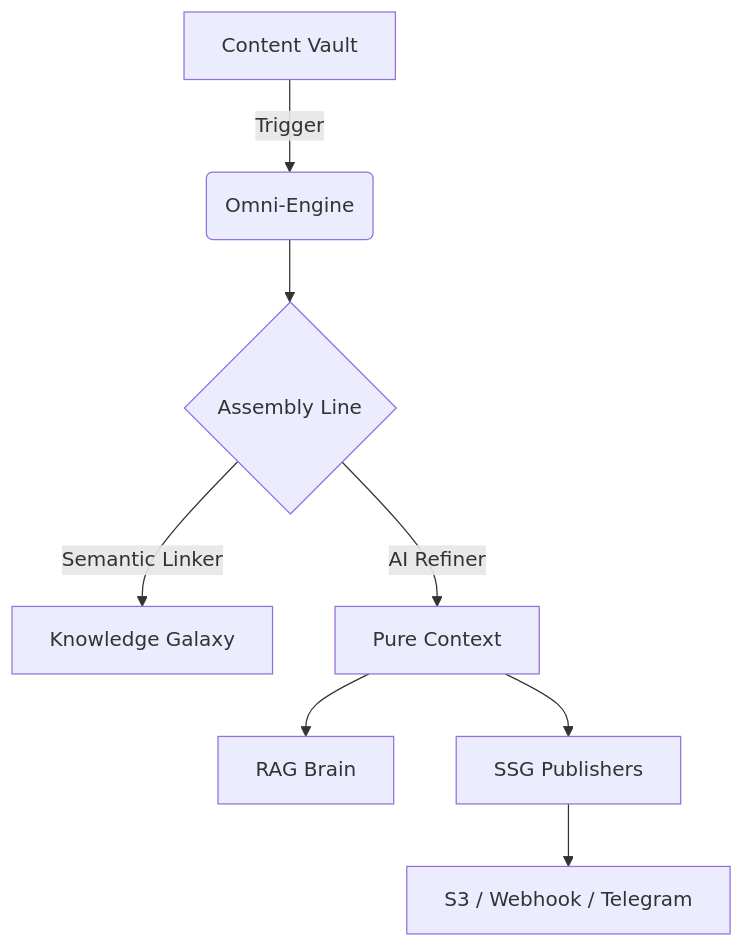
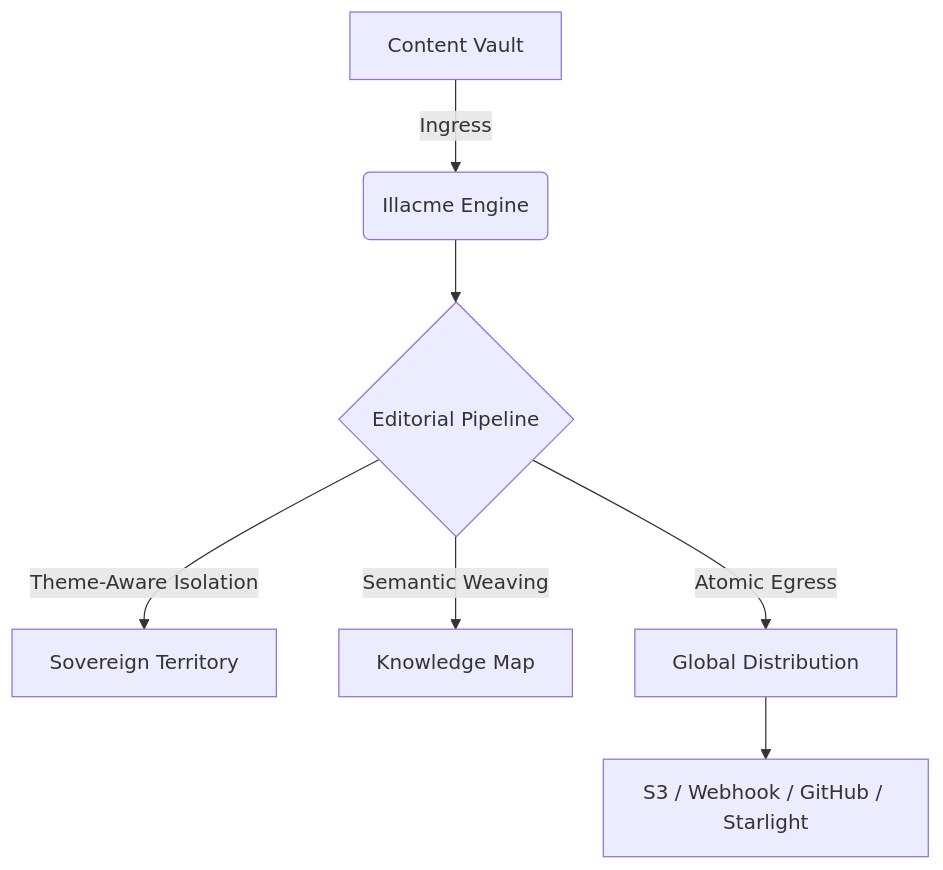
One commit to Illacme/illacme-plenipes changed the diagram in README.md. Above: the diagram before and after it, drawn with Mermaid. The commit also changed other lines of this file and 262 other files, not shown here.

````diff
--- a/README.md
+++ b/README.md
@@ -34,10 +35,9 @@
 ```mermaid
 graph TD
-    A[Content Vault] -->|Trigger| B(Omni-Engine)
-    B --> C{Assembly Line}
-    C -->|Semantic Linker| D[Knowledge Galaxy]
-    C -->|AI Refiner| E[Pure Context]
-    E --> F[RAG Brain]
-    E --> G[SSG Publishers]
-    G --> H[S3 / Webhook / Telegram]
+    A[Content Vault] -->|Ingress| B(Illacme Engine)
+    B --> C{Editorial Pipeline}
+    C -->|Theme-Aware Isolation| D[Sovereign Territory]
+    C -->|Semantic Weaving| E[Knowledge Map]
+    C -->|Atomic Egress| F[Global Distribution]
+    F --> G[S3 / Webhook / GitHub / Starlight]
 ```
````
